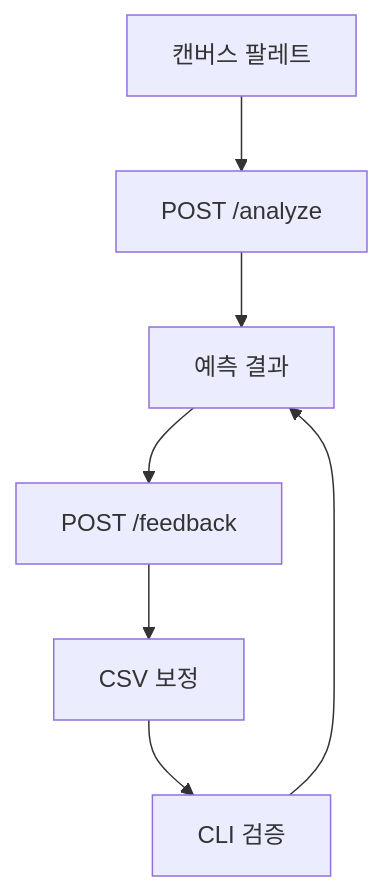
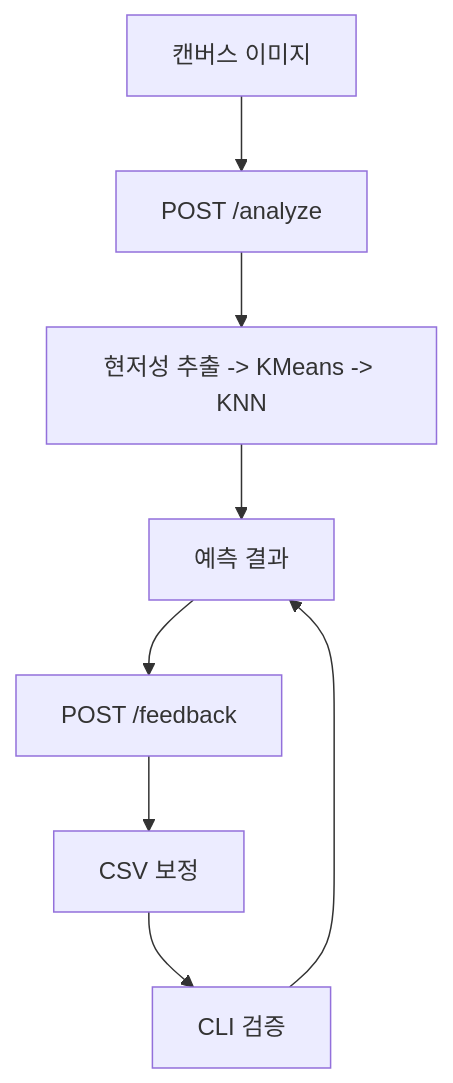
The second of 2 diagrams in Project_Descriptions/User_Journey_Scenario_SentiVision.md (acertainromance401/SentiVision), drawn with Mermaid before and after one commit. The commit also changed other lines of this file and 4 other files, not shown here.

Commit message:
Sync product docs with updated color analysis flow

````diff
--- a/Project_Descriptions/User_Journey_Scenario_SentiVision.md
+++ b/Project_Descriptions/User_Journey_Scenario_SentiVision.md
@@ -105,9 +105,10 @@
 ```mermaid
 flowchart TB
-  U[캔버스 팔레트] --> A[POST /analyze]
-  A --> R[예측 결과]
+  U[캔버스 이미지] --> A[POST /analyze]
+  A --> P[현저성 추출 -> KMeans -> KNN]
+  P --> R[예측 결과]
   R --> F[POST /feedback]
   F --> D[CSV 보정]
   D --> C[CLI 검증]
   C --> R
 ```
````
